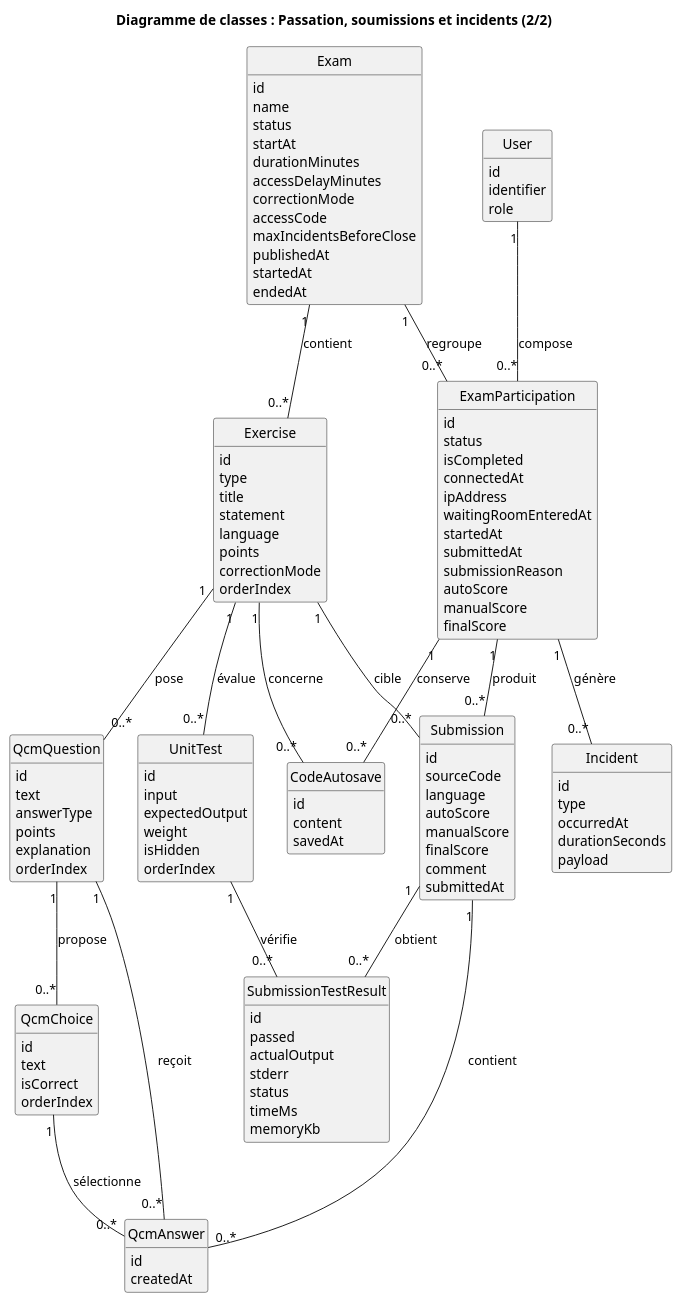
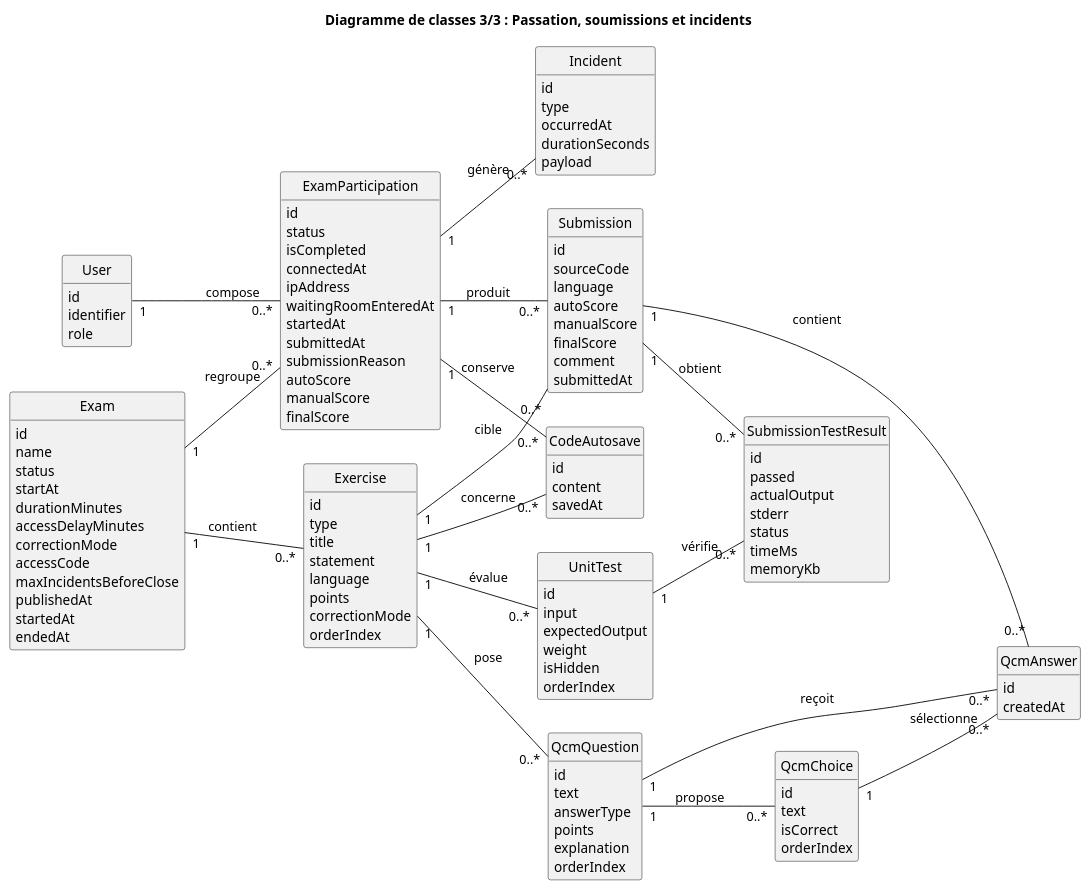
One commit to progirix/cylentic changed the diagram in docs/diagrammes/05b2_classes_passation.puml. Above: the diagram before and after it, drawn with PlantUML. The commit also changed 2 other files, not shown here.

Commit message:
Repasse les 3 diagrammes de classes en disposition horizontale

```diff
--- a/docs/diagrammes/05b2_classes_passation.puml
+++ b/docs/diagrammes/05b2_classes_passation.puml
@@ -1,138 +1,141 @@
 @startuml
+left to right direction
 skinparam shadowing false
 skinparam classAttributeIconSize 0
+skinparam nodesep 35
+skinparam ranksep 40
 hide empty methods
 hide circle
 
-title Diagramme de classes : Passation, soumissions et incidents (2/2)
+title Diagramme de classes 3/3 : Passation, soumissions et incidents
 
 class User {
   id
   identifier
   role
 }
 
 class Exam {
   id
   name
   status
   startAt
   durationMinutes
   accessDelayMinutes
   correctionMode
   accessCode
   maxIncidentsBeforeClose
   publishedAt
   startedAt
   endedAt
 }
 
 class Exercise {
   id
   type
   title
   statement
   language
   points
   correctionMode
   orderIndex
 }
 
 class UnitTest {
   id
   input
   expectedOutput
   weight
   isHidden
   orderIndex
 }
 
 class QcmQuestion {
   id
   text
   answerType
   points
   explanation
   orderIndex
 }
 
 class QcmChoice {
   id
   text
   isCorrect
   orderIndex
 }
 
 class ExamParticipation {
   id
   status
   isCompleted
   connectedAt
   ipAddress
   waitingRoomEnteredAt
   startedAt
   submittedAt
   submissionReason
   autoScore
   manualScore
   finalScore
 }
 
 class Submission {
   id
   sourceCode
   language
   autoScore
   manualScore
   finalScore
   comment
   submittedAt
 }
 
 class SubmissionTestResult {
   id
   passed
   actualOutput
   stderr
   status
   timeMs
   memoryKb
 }
 
 class QcmAnswer {
   id
   createdAt
 }
 
 class CodeAutosave {
   id
   content
   savedAt
 }
 
 class Incident {
   id
   type
   occurredAt
   durationSeconds
   payload
 }
 
 Exam "1" -- "0..*" ExamParticipation : "regroupe"
 User "1" -- "0..*" ExamParticipation : "compose"
 ExamParticipation "1" -- "0..*" Submission : "produit"
 Exercise "1" -- "0..*" Submission : "cible"
 ExamParticipation "1" -- "0..*" CodeAutosave : "conserve"
 Exercise "1" -- "0..*" CodeAutosave : "concerne"
 ExamParticipation "1" -- "0..*" Incident : "génère"
 Submission "1" -- "0..*" SubmissionTestResult : "obtient"
 UnitTest "1" -- "0..*" SubmissionTestResult : "vérifie"
 Submission "1" -- "0..*" QcmAnswer : "contient"
 QcmQuestion "1" -- "0..*" QcmAnswer : "reçoit"
 QcmChoice "1" -- "0..*" QcmAnswer : "sélectionne"
 Exam "1" -- "0..*" Exercise : "contient"
 Exercise "1" -- "0..*" UnitTest : "évalue"
 Exercise "1" -- "0..*" QcmQuestion : "pose"
 QcmQuestion "1" -- "0..*" QcmChoice : "propose"
 
 @enduml
```
